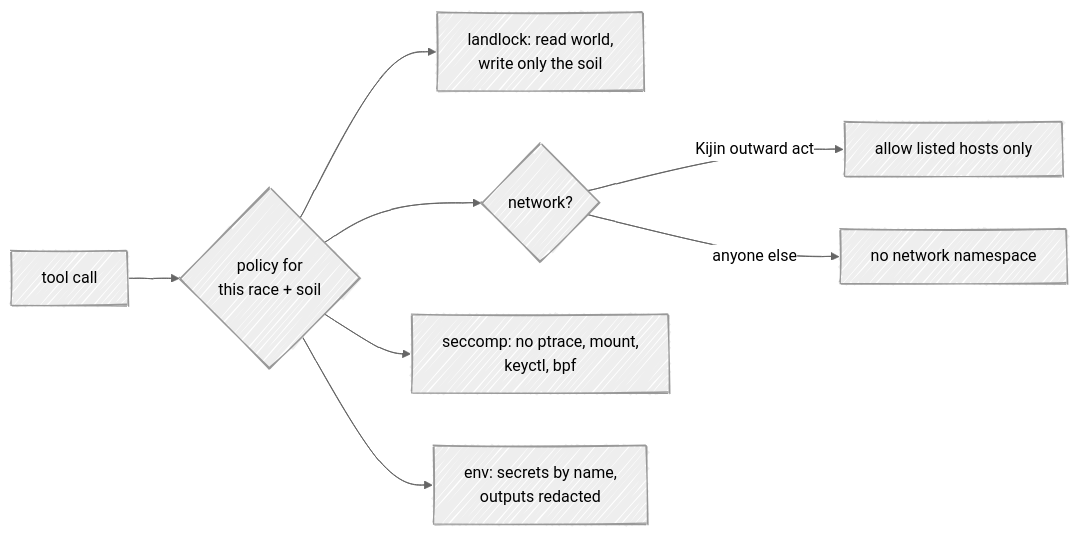
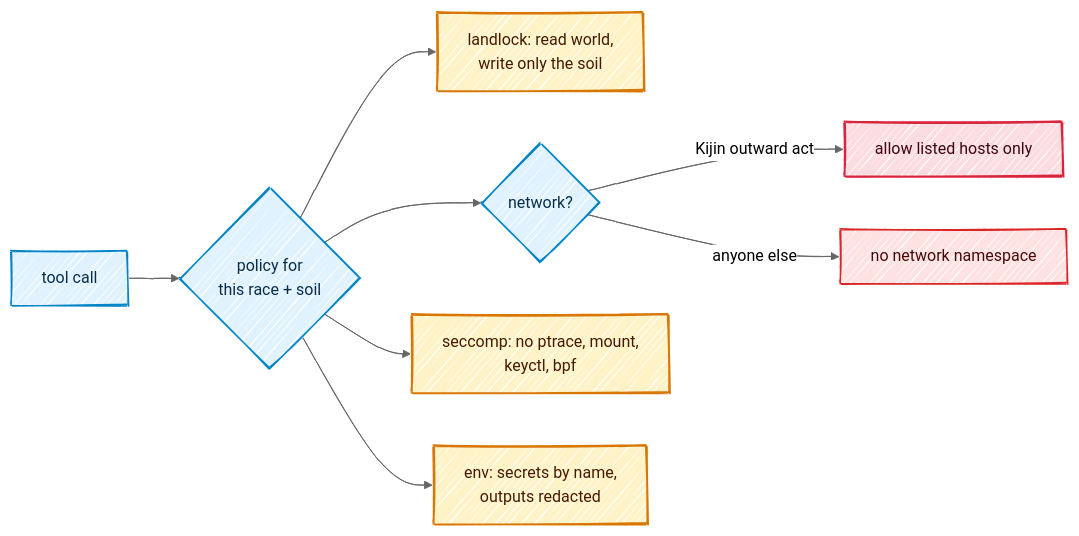
One commit to Kaginari/mnemorph changed the second of 2 diagrams in docs/05-architecture.md. Above: the diagram before and after it, drawn with Mermaid. The commit also changed other lines of this file and 10 other files, not shown here.

Commit message:
docs: colour in every diagram — one palette, a colour per race, phases in sequence diagrams, labels no longer clipped; the MCP page keeps its diagram only

````diff
--- a/docs/05-architecture.md
+++ b/docs/05-architecture.md
@@ -125,15 +135,25 @@
 ```mermaid
 ---
 config:
   look: handDrawn
   theme: neutral
+  flowchart:
+    wrappingWidth: 360
 ---
 flowchart LR
     T["tool call"] --> P{"policy for<br/>this race + soil"}
     P --> FS["landlock: read world,<br/>write only the soil"]
     P --> NET{"network?"}
     NET -- "Kijin outward act" --> ALLOW["allow listed hosts only"]
     NET -- "anyone else" --> DENY["no network namespace"]
     P --> SC["seccomp: no ptrace, mount,<br/>keyctl, bpf"]
     P --> ENV["env: secrets by name,<br/>outputs redacted"]
+    classDef step fill:#e0f2fe,stroke:#0284c7,stroke-width:1.5px,color:#082f49
+    class T,P,NET step
+    classDef gate fill:#fef3c7,stroke:#d97706,stroke-width:2px,color:#451a03
+    class FS,SC,ENV gate
+    classDef kijin fill:#fbdde1,stroke:#D7263D,stroke-width:2px,color:#3d0710
+    class ALLOW kijin
+    classDef bad fill:#fee2e2,stroke:#dc2626,stroke-width:1.5px,color:#450a0a
+    class DENY bad
 ```
````
